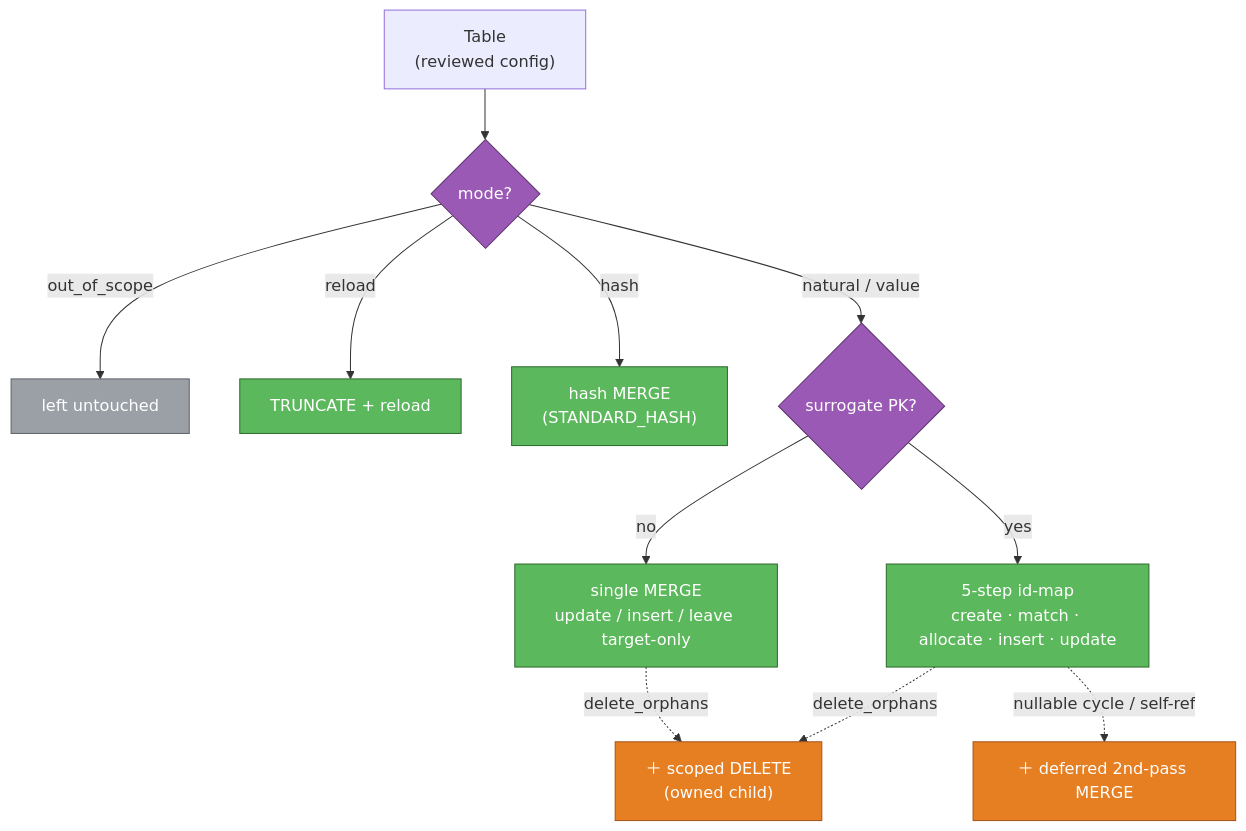
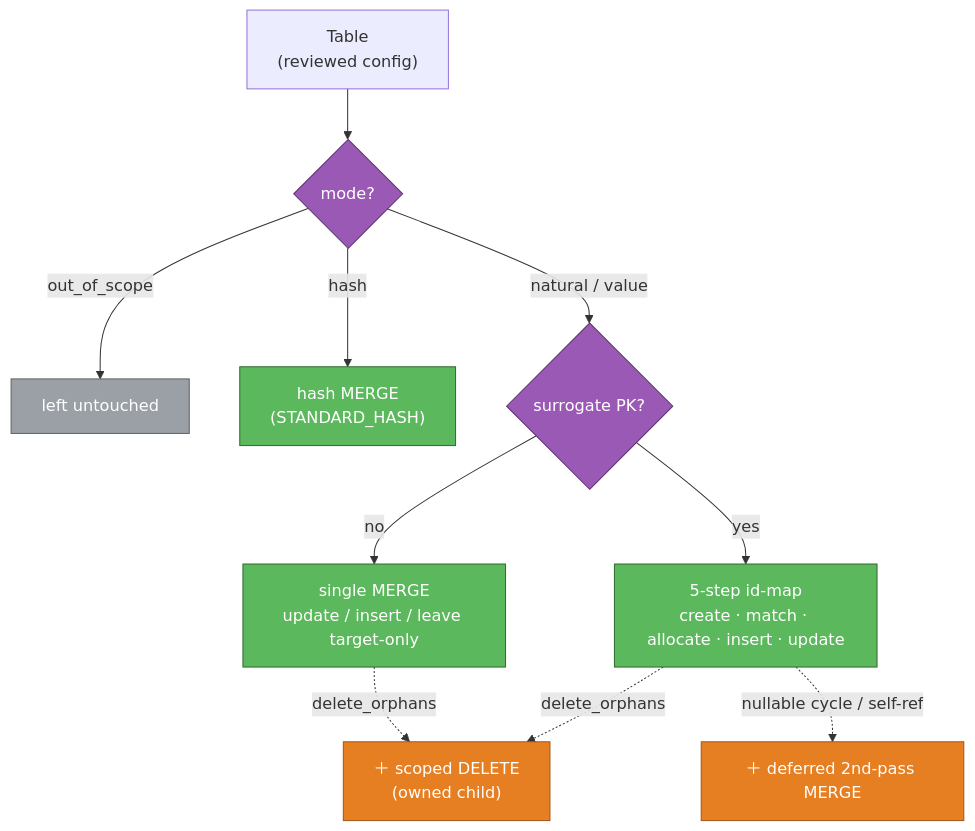
Before and after one commit to eliezio/resync: the second of 2 diagrams in README.md, drawn with Mermaid. The commit also changed other lines of this file and 8 other files, not shown here.

````diff
--- a/README.md
+++ b/README.md
@@ -81,24 +81,23 @@
 ```mermaid
 flowchart TD
     T["Table<br/>(reviewed config)"] --> MODE{"mode?"}
     MODE -->|out_of_scope| OOS["left untouched"]
-    MODE -->|reload| RL["TRUNCATE + reload"]
     MODE -->|hash| HS["hash MERGE<br/>(STANDARD_HASH)"]
     MODE -->|"natural / value"| SUR{"surrogate PK?"}
     SUR -->|yes| IDM["5-step id-map<br/>create · match · allocate · insert · update"]
     SUR -->|no| MN["single MERGE<br/>update / insert / leave target-only"]
 
     IDM -.->|delete_orphans| DO["＋ scoped DELETE<br/>(owned child)"]
     MN  -.->|delete_orphans| DO
     IDM -.->|"nullable cycle / self-ref"| DF["＋ deferred 2nd-pass MERGE"]
 
     classDef dec   fill:#9b59b6,stroke:#5e356e,color:#fff;
     classDef write fill:#5cb85c,stroke:#2d6a2d,color:#fff;
     classDef keep  fill:#9aa0a6,stroke:#5f6368,color:#fff;
     classDef fix   fill:#e67e22,stroke:#a5541a,color:#fff;
 
     class MODE,SUR dec;
-    class RL,HS,IDM,MN write;
+    class HS,IDM,MN write;
     class OOS keep;
     class DO,DF fix;
 ```
````
